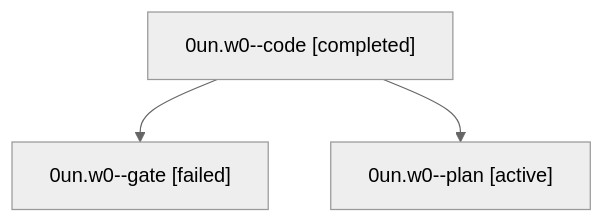
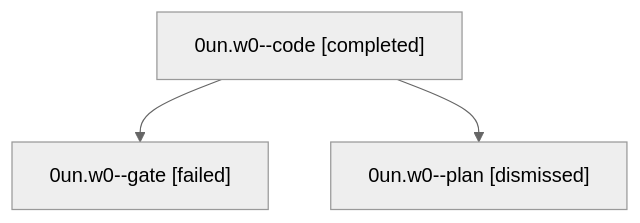
The diagram in sessions/bbugyi200.athena.0un.w0.md (bobs-org/bob-cli--agents), drawn with Mermaid (neutral theme) before and after one commit. The commit also changed other lines of this file and 33 other files, not shown here.

````diff
--- a/sessions/bbugyi200.athena.0un.w0.md
+++ b/sessions/bbugyi200.athena.0un.w0.md
@@ -9,8 +9,8 @@
 ```mermaid
 flowchart TD
   n0["0un.w0--code [completed]"]
   n1["0un.w0--gate [failed]"]
   n0 --> n1
-  n2["0un.w0--plan [active]"]
+  n2["0un.w0--plan [dismissed]"]
   n0 --> n2
 ```
````
